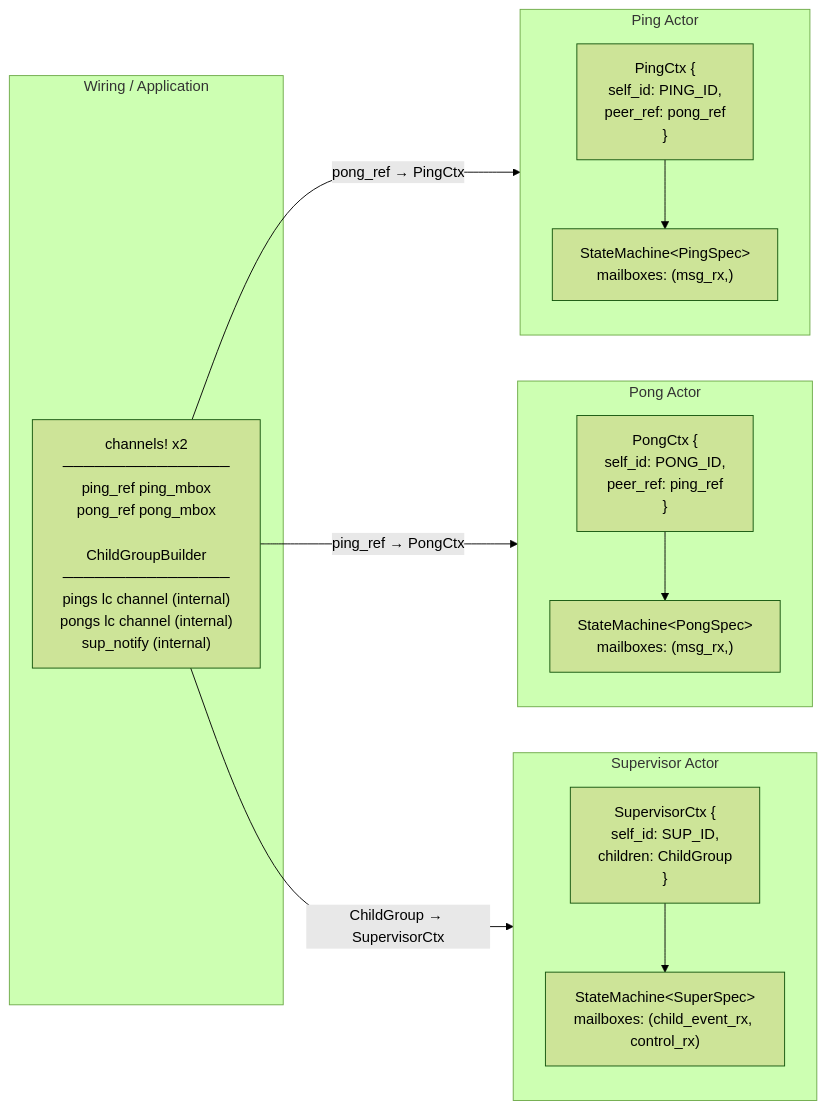
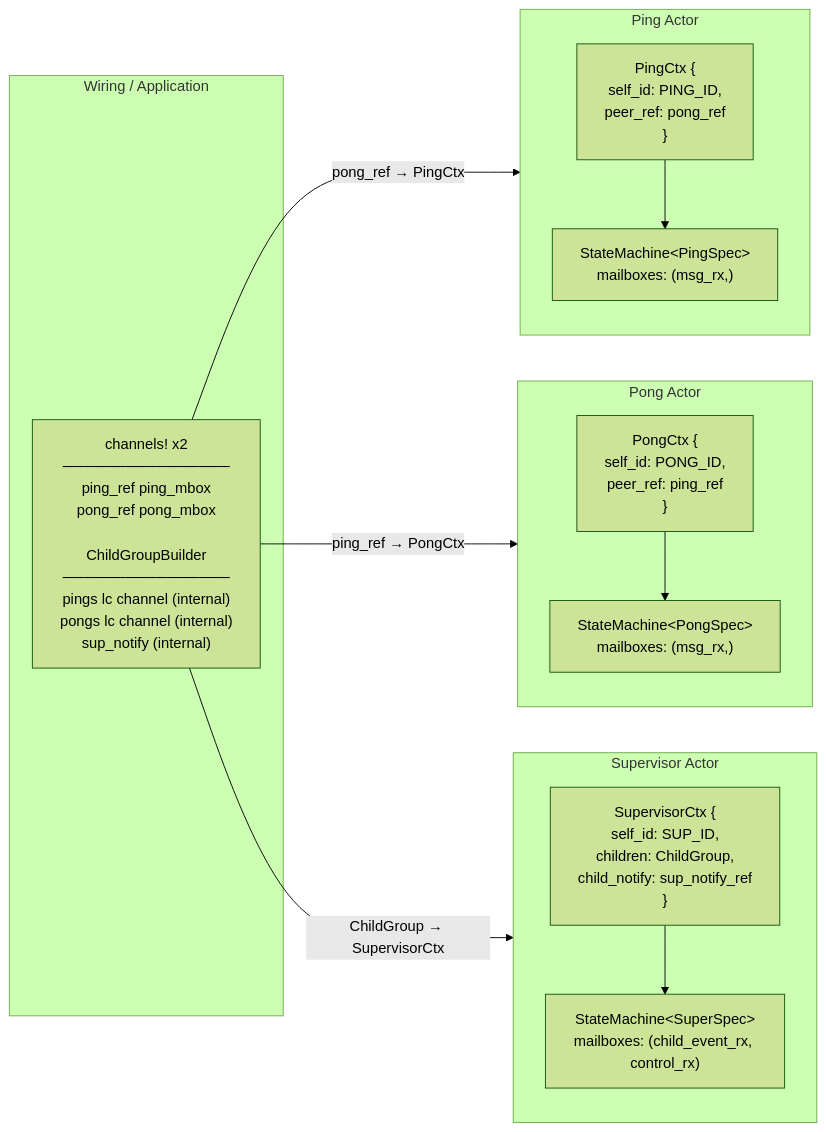
One commit to bloxide-com/bloxide changed the second of 2 diagrams in spec/architecture/04-static-wiring.md. Above: the diagram before and after it, drawn with Mermaid (forest theme). The commit also changed other lines of this file and 33 other files, not shown here.

````diff
--- a/spec/architecture/04-static-wiring.md
+++ b/spec/architecture/04-static-wiring.md
@@ -33,28 +34,28 @@
 ```mermaid
 flowchart LR
     subgraph wiring [Wiring / Application]
         W["channels! x2\n────────────────\nping_ref  ping_mbox\npong_ref  pong_mbox\n\nChildGroupBuilder\n────────────────\npings lc channel (internal)\npongs lc channel (internal)\nsup_notify (internal)"]
     end
 
     subgraph sup_actor [Supervisor Actor]
-        SC["SupervisorCtx {\n  self_id: SUP_ID,\n  children: ChildGroup\n}"]
+        SC["SupervisorCtx {\n  self_id: SUP_ID,\n  children: ChildGroup,\n  child_notify: sup_notify_ref\n}"]
         SSM["StateMachine&lt;SuperSpec&gt;\nmailboxes: (child_event_rx, control_rx)"]
         SC --> SSM
     end
 
     subgraph ping_actor [Ping Actor]
         PC["PingCtx {\n  self_id: PING_ID,\n  peer_ref: pong_ref\n}"]
         PSM["StateMachine&lt;PingSpec&gt;\nmailboxes: (msg_rx,)"]
         PC --> PSM
     end
 
     subgraph pong_actor [Pong Actor]
         OC["PongCtx {\n  self_id: PONG_ID,\n  peer_ref: ping_ref\n}"]
         OSM["StateMachine&lt;PongSpec&gt;\nmailboxes: (msg_rx,)"]
         OC --> OSM
     end
 
     W -- "pong_ref → PingCtx" --> ping_actor
     W -- "ping_ref → PongCtx" --> pong_actor
     W -- "ChildGroup → SupervisorCtx" --> sup_actor
 ```
````
